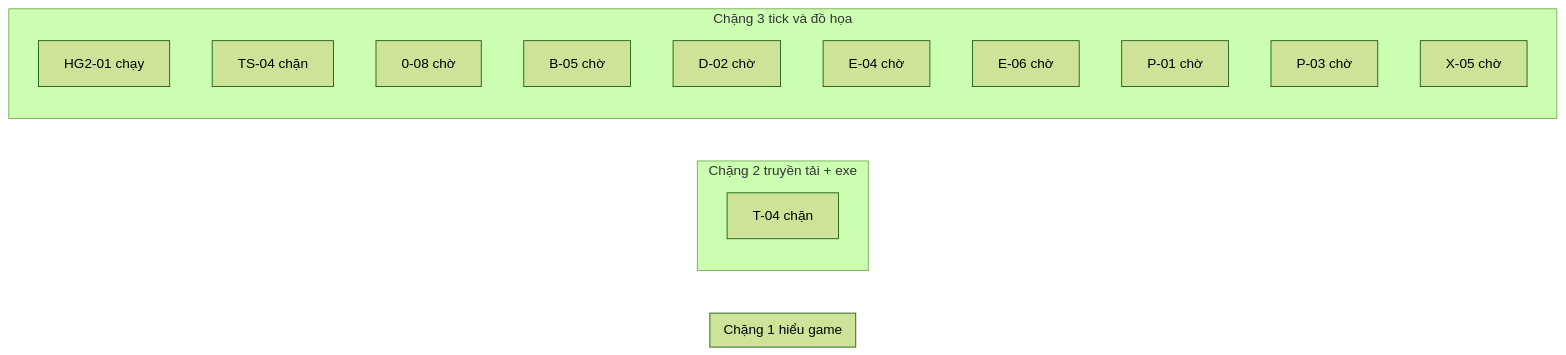
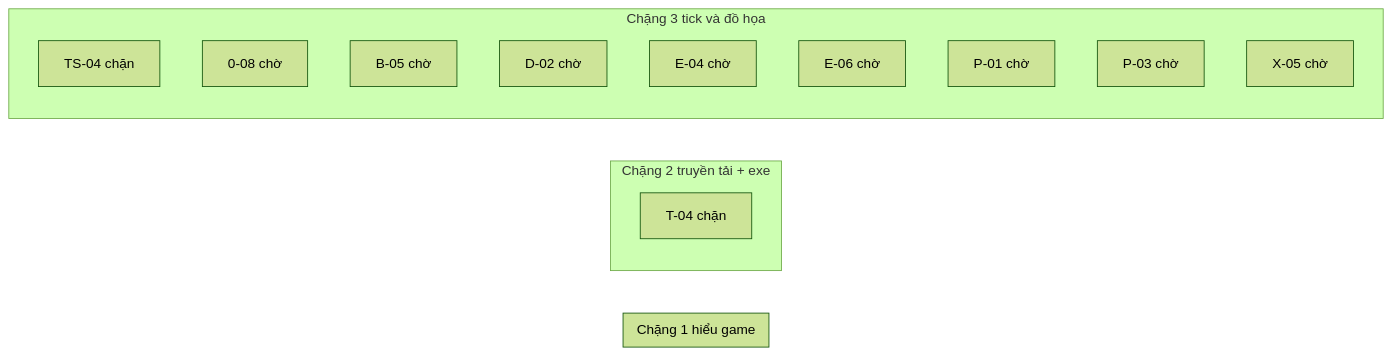
The diagram in JX1_OPS/STATE/TIEN-DO.md (ndtangoss-dev/jx1-reports), drawn with Mermaid (forest theme) before and after one commit. The commit also changed other lines of this file and 2 other files, not shown here.

````diff
--- a/JX1_OPS/STATE/TIEN-DO.md
+++ b/JX1_OPS/STATE/TIEN-DO.md
@@ -9,20 +9,19 @@
 ```mermaid
 flowchart LR
   subgraph S1["Chặng 1 hiểu game"]
   end
   subgraph S2["Chặng 2 truyền tải + exe"]
     T_04["T-04 chặn"]
   end
   subgraph S3["Chặng 3 tick và đồ họa"]
-    HG2_01["HG2-01 chạy"]
     TS_04["TS-04 chặn"]
     0_08["0-08 chờ"]
     B_05["B-05 chờ"]
     D_02["D-02 chờ"]
     E_04["E-04 chờ"]
     E_06["E-06 chờ"]
     P_01["P-01 chờ"]
     P_03["P-03 chờ"]
     X_05["X-05 chờ"]
   end
 ```
````
